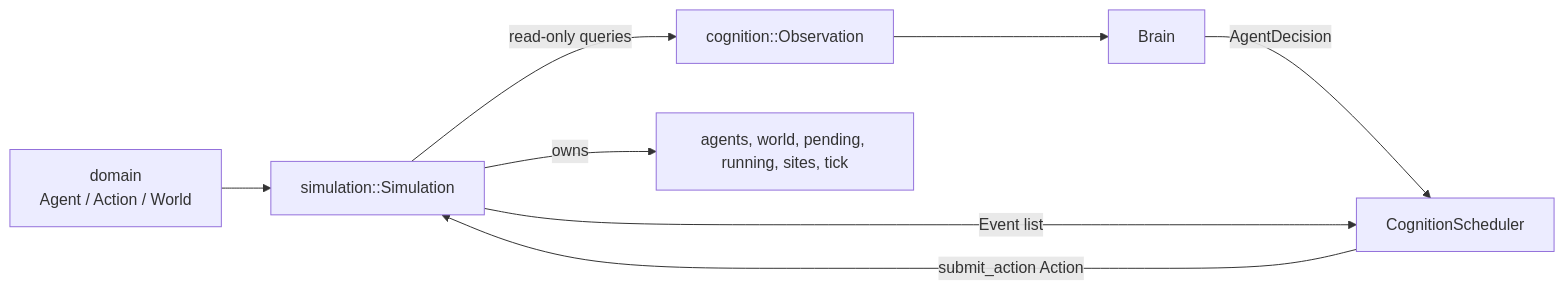
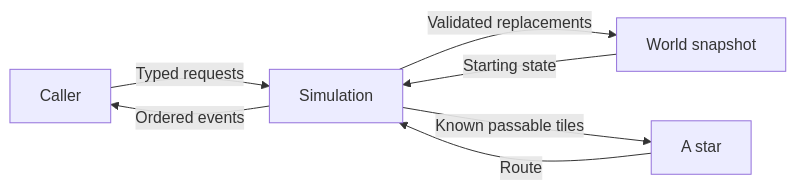
The first of 2 diagrams in docs/ARCHITECTURE.md (jdglaser/emergence), drawn with Mermaid before and after one commit. The commit also changed other lines of this file and 55 other files, not shown here.

````diff
--- a/docs/ARCHITECTURE.md
+++ b/docs/ARCHITECTURE.md
@@ -7,10 +15,9 @@
 ```mermaid
 flowchart LR
-  D[domain\nAgent / Action / World] --> E[simulation::Simulation]
-  E -->|read-only queries| O[cognition::Observation]
-  O --> B[Brain]
-  B -->|AgentDecision| C[CognitionScheduler]
-  C -->|submit_action Action| E
-  E -->|Event list| C
-  E -->|owns| W[agents, world, pending, running, sites, tick]
+    Caller[Caller] -->|Typed requests| Engine[Simulation]
+    Engine -->|Validated replacements| World[World snapshot]
+    World -->|Starting state| Engine
+    Engine -->|Ordered events| Caller
+    Engine -->|Known passable tiles| Path[A star]
+    Path -->|Route| Engine
 ```
````
